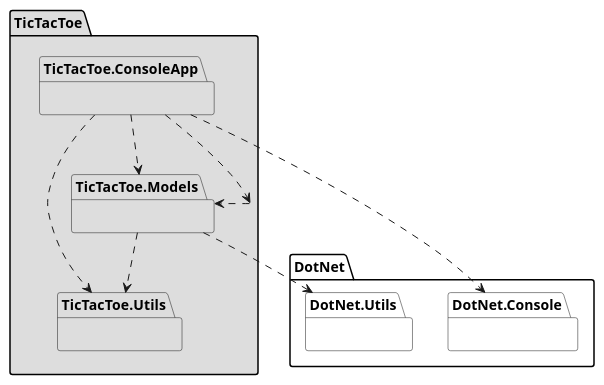
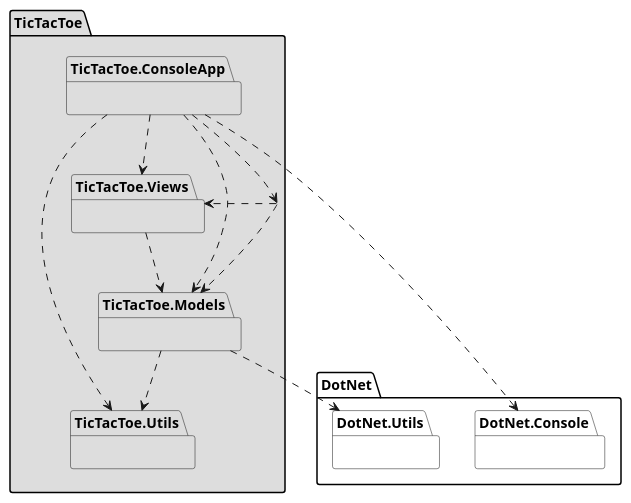
One commit to franpaulinoinfante/MasterSoftwareDevelopment changed the diagram in src/TicTacToe/DocumentView/Basic/TicTacToeArchitecture.plantuml. Above: the diagram before and after it, drawn with PlantUML.

```diff
--- a/src/TicTacToe/DocumentView/Basic/TicTacToeArchitecture.plantuml
+++ b/src/TicTacToe/DocumentView/Basic/TicTacToeArchitecture.plantuml
@@ -1,16 +1,20 @@
 @startuml TicTacToeArchitectureDocumentView
 package TicTacToe #DDDDDD { }
+package TicTacToe.Models #DDDDDD { }
+package TicTacToe.Views #DDDDDD { }
 Package TicTacToe.ConsoleApp #DDDDDD { }
-package TicTacToe.Models #DDDDDD { }
 package TicTacToe.Utils #DDDDDD { }
 package DotNet.Console #White{ }
 package DotNet.Utils #White{ }
 
 TicTacToe <.up. TicTacToe.ConsoleApp
 TicTacToe .down.> TicTacToe.Models
+TicTacToe .down.> TicTacToe.Views
+TicTacToe.Views .down.> TicTacToe.Models
 TicTacToe.Models .down.> TicTacToe.Utils
 TicTacToe.Models .down.> DotNet.Utils
 TicTacToe.ConsoleApp .down.> TicTacToe.Models
+TicTacToe.ConsoleApp .down.> TicTacToe.Views
 TicTacToe.ConsoleApp .down.> TicTacToe.Utils
 TicTacToe.ConsoleApp .down.> DotNet.Console
 @enduml
```
